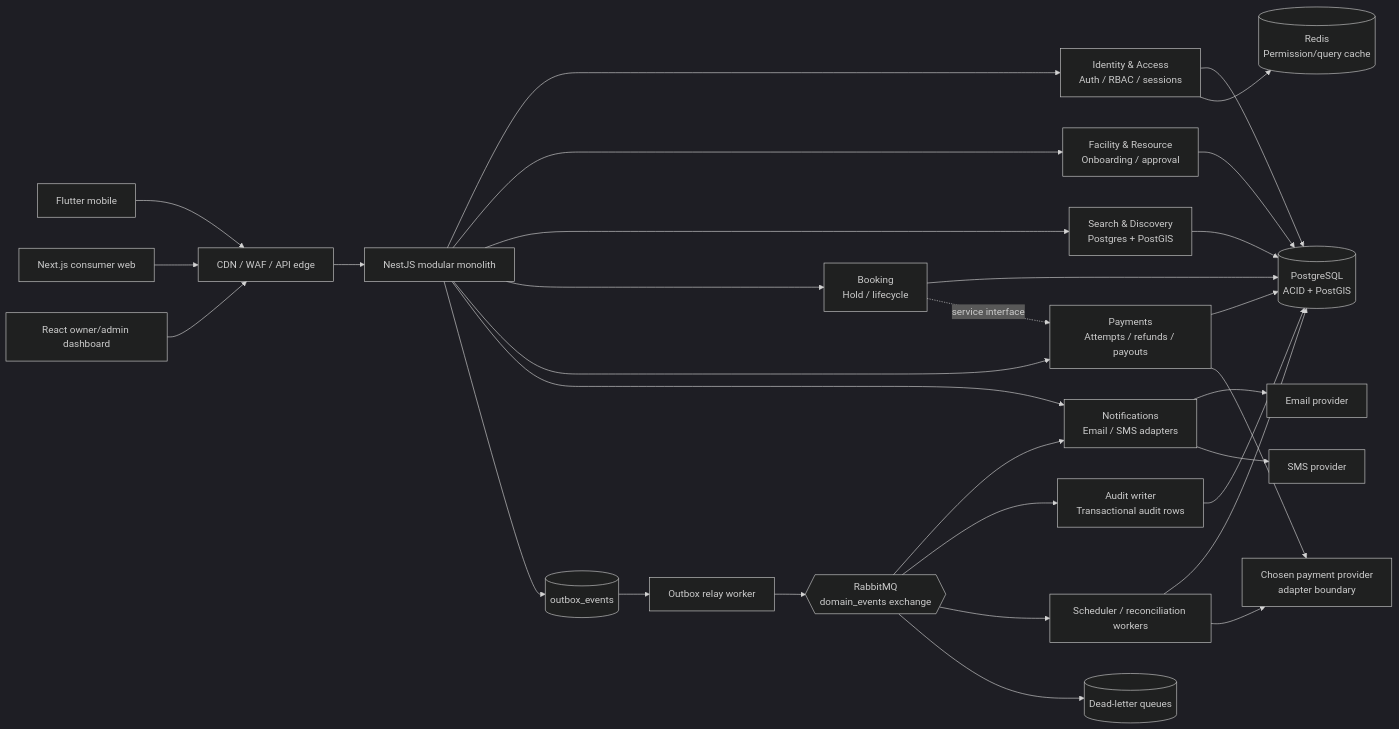
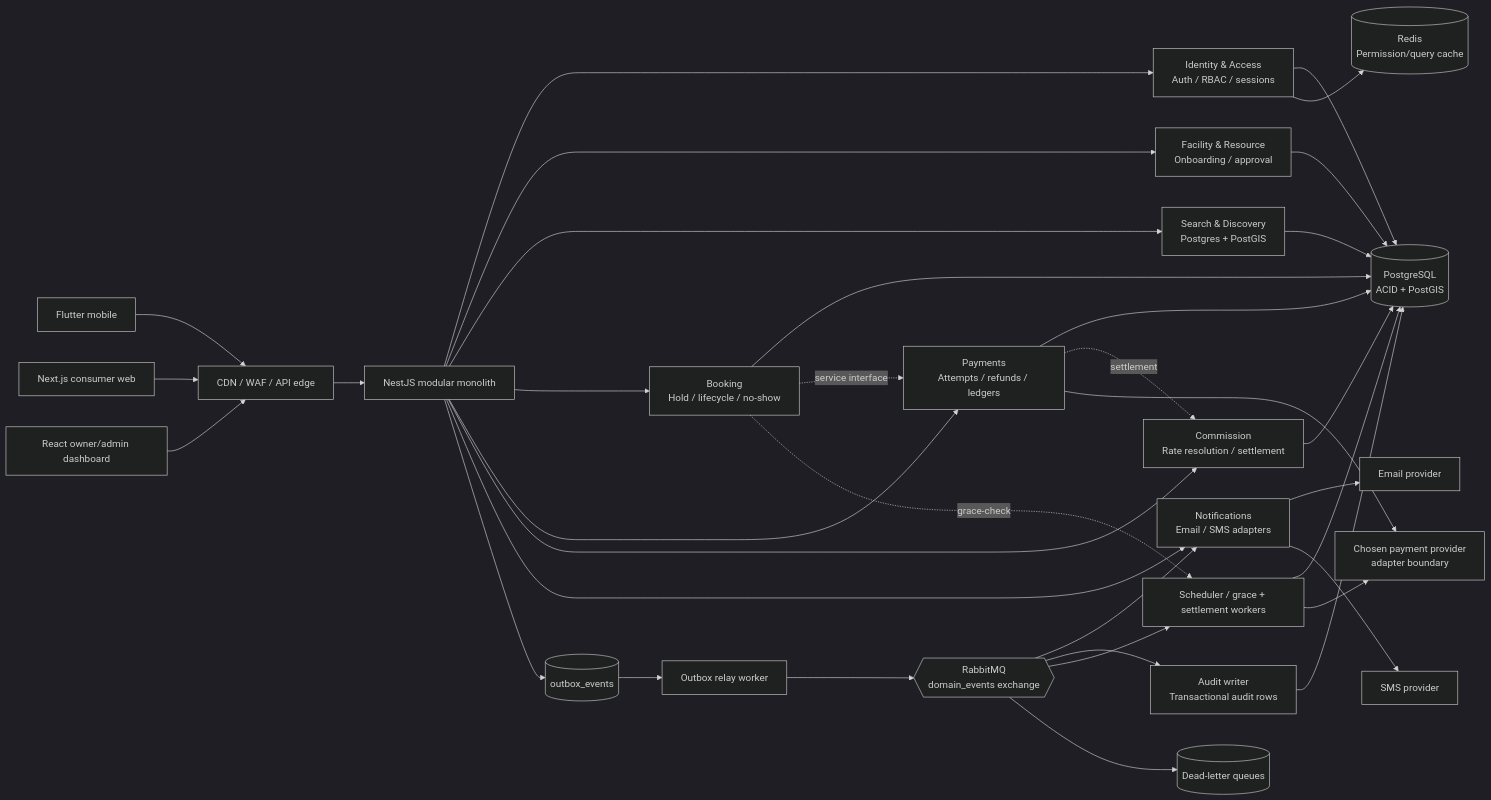
The first of 3 diagrams in project-docs/10-mermaid-diagrams.md (eesa-shoaib/sfbs-backend), drawn with Mermaid (dark theme) before and after one commit. The commit also changed other lines of this file and 8 other files, not shown here.

Commit message:
feat: remodel payment and add api design

````diff
--- a/project-docs/10-mermaid-diagrams.md
+++ b/project-docs/10-mermaid-diagrams.md
@@ -7,61 +7,66 @@
 ```mermaid
 flowchart LR
     Mobile[Flutter mobile]
     Consumer[Next.js consumer web]
     Dashboard[React owner/admin dashboard]
 
     Edge[CDN / WAF / API edge]
     API[NestJS modular monolith]
 
     Identity[Identity & Access\nAuth / RBAC / sessions]
     Facility[Facility & Resource\nOnboarding / approval]
     Search[Search & Discovery\nPostgres + PostGIS]
-    Booking[Booking\nHold / lifecycle]
-    Payment[Payments\nAttempts / refunds / payouts]
+    Booking[Booking\nHold / lifecycle / no-show]
+    Payment[Payments\nAttempts / refunds / ledgers]
+    Commission[Commission\nRate resolution / settlement]
     Notify[Notifications\nEmail / SMS adapters]
     Audit[Audit writer\nTransactional audit rows]
 
     PG[(PostgreSQL\nACID + PostGIS)]
     Redis[(Redis\nPermission/query cache)]
     Outbox[(outbox_events)]
     Relay[Outbox relay worker]
     RMQ{{RabbitMQ\ndomain_events exchange}}
     DLQ[(Dead-letter queues)]
-    Scheduler[Scheduler / reconciliation workers]
+    Scheduler[Scheduler / grace + settlement workers]
     Provider[Chosen payment provider\nadapter boundary]
     Email[Email provider]
     SMS[SMS provider]
 
     Mobile --> Edge
     Consumer --> Edge
     Dashboard --> Edge
     Edge --> API
 
     API --> Identity
     API --> Facility
     API --> Search
     API --> Booking
     API --> Payment
+    API --> Commission
     API --> Notify
 
     Identity --> PG
     Identity --> Redis
     Facility --> PG
     Search --> PG
     Booking --> PG
     Payment --> PG
+    Commission --> PG
     Audit --> PG
     API --> Outbox
     Outbox --> Relay --> RMQ
     RMQ --> Notify
     RMQ --> Audit
     RMQ --> Scheduler
     RMQ --> DLQ
 
     Booking -. service interface .-> Payment
+    Booking -. grace-check .-> Scheduler
+    Payment -. settlement .-> Commission
     Payment --> Provider
     Scheduler --> PG
     Scheduler --> Provider
     Notify --> Email
     Notify --> SMS
 ```
````
